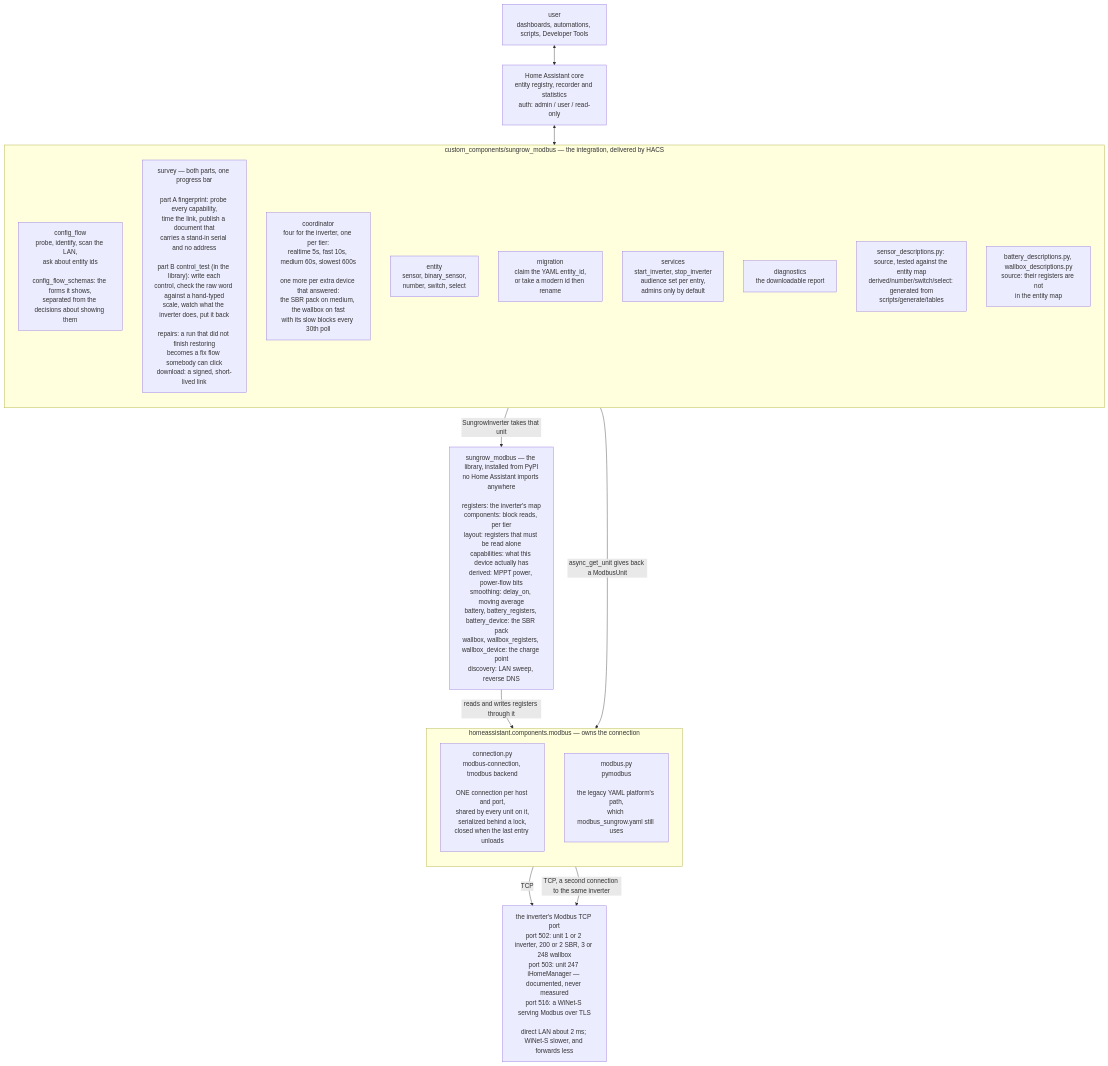
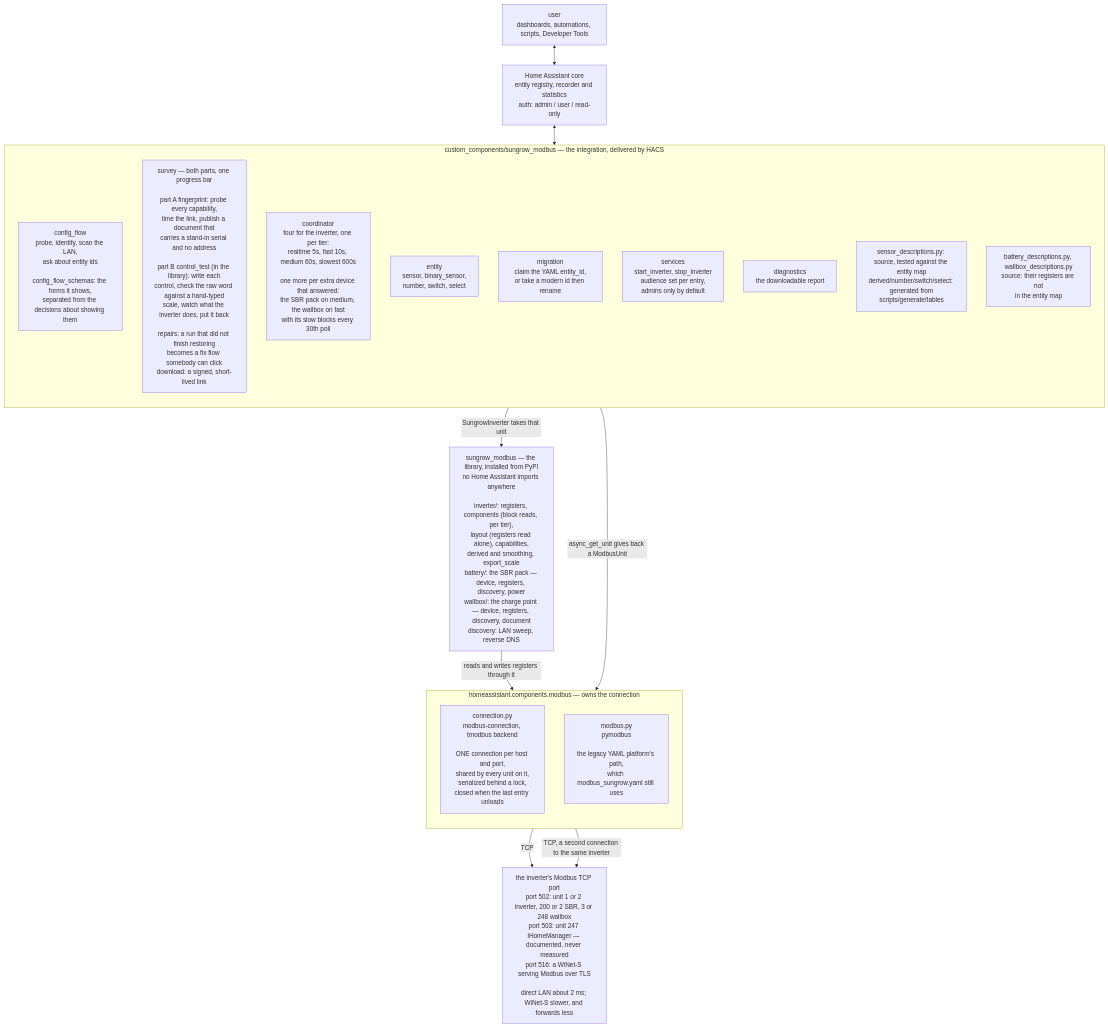
The first of 2 diagrams in doc/architecture.md (mkaiser/Sungrow-SHx-Inverter-Modbus-Home-Assistant), drawn with Mermaid before and after one commit. The commit also changed other lines of this file and 87 other files, not shown here.

First line of the commit message:
One subpackage per device, one survey order, and a movable connection

````diff
--- a/doc/architecture.md
+++ b/doc/architecture.md
@@ -14,36 +14,36 @@
 ```mermaid
 flowchart TD
     user["user<br/>dashboards, automations, scripts, Developer Tools"]
     core["Home Assistant core<br/>entity registry, recorder and statistics<br/>auth: admin / user / read-only"]
 
     subgraph integration["custom_components/sungrow_modbus &mdash; the integration, delivered by HACS"]
         direction TB
         flow["config_flow<br/>probe, identify, scan the LAN,<br/>ask about entity ids<br/><br/>config_flow_schemas: the forms it shows,<br/>separated from the decisions about showing them"]
         survey["survey &mdash; both parts, one progress bar<br/><br/>part A fingerprint: probe every capability,<br/>time the link, publish a document that<br/>carries a stand-in serial and no address<br/><br/>part B control_test (in the library): write each<br/>control, check the raw word against a hand-typed<br/>scale, watch what the inverter does, put it back<br/><br/>repairs: a run that did not finish restoring<br/>becomes a fix flow somebody can click<br/>download: a signed, short-lived link"]
         coord["coordinator<br/>four for the inverter, one per tier:<br/>realtime 5s, fast 10s, medium 60s, slowest 600s<br/><br/>one more per extra device that answered:<br/>the SBR pack on medium, the wallbox on fast<br/>with its slow blocks every 30th poll"]
         ent["entity<br/>sensor, binary_sensor,<br/>number, switch, select"]
         mig["migration<br/>claim the YAML entity_id,<br/>or take a modern id then rename"]
         svc["services<br/>start_inverter, stop_inverter<br/>audience set per entry,<br/>admins only by default"]
         diag["diagnostics<br/>the downloadable report"]
         gen["sensor_descriptions.py: source, tested against the entity map<br/>derived/number/switch/select: generated from<br/>scripts/generate/tables"]
         hand["battery_descriptions.py, wallbox_descriptions.py<br/>source: their registers are not<br/>in the entity map"]
     end
 
-    lib["sungrow_modbus &mdash; the library, installed from PyPI<br/>no Home Assistant imports anywhere<br/><br/>registers: the inverter's map<br/>components: block reads, per tier<br/>layout: registers that must be read alone<br/>capabilities: what this device actually has<br/>derived: MPPT power, power-flow bits<br/>smoothing: delay_on, moving average<br/>battery, battery_registers, battery_device: the SBR pack<br/>wallbox, wallbox_registers, wallbox_device: the charge point<br/>discovery: LAN sweep, reverse DNS"]
+    lib["sungrow_modbus &mdash; the library, installed from PyPI<br/>no Home Assistant imports anywhere<br/><br/>inverter/: registers, components (block reads, per tier),<br/>layout (registers read alone), capabilities,<br/>derived and smoothing, export_scale<br/>battery/: the SBR pack &mdash; device, registers, discovery, power<br/>wallbox/: the charge point &mdash; device, registers, discovery, document<br/>discovery: LAN sweep, reverse DNS"]
 
     subgraph modbus["homeassistant.components.modbus &mdash; owns the connection"]
         direction TB
         newpath["connection.py<br/>modbus-connection, tmodbus backend<br/><br/>ONE connection per host and port,<br/>shared by every unit on it,<br/>serialized behind a lock,<br/>closed when the last entry unloads"]
         oldpath["modbus.py<br/>pymodbus<br/><br/>the legacy YAML platform's path,<br/>which modbus_sungrow.yaml still uses"]
     end
 
     device["the inverter's Modbus TCP port<br/>port 502: unit 1 or 2 inverter, 200 or 2 SBR, 3 or 248 wallbox<br/>port 503: unit 247 iHomeManager &mdash; documented, never measured<br/>port 516: a WiNet-S serving Modbus over TLS<br/><br/>direct LAN about 2 ms; WiNet-S slower, and forwards less"]
 
     user <--> core
     core <--> integration
     integration -- "async_get_unit gives back a ModbusUnit" --> newpath
     integration -- "SungrowInverter takes that unit" --> lib
     lib -- "reads and writes registers through it" --> newpath
     newpath -- "TCP" --> device
     oldpath -- "TCP, a second connection to the same inverter" --> device
 ```
````
